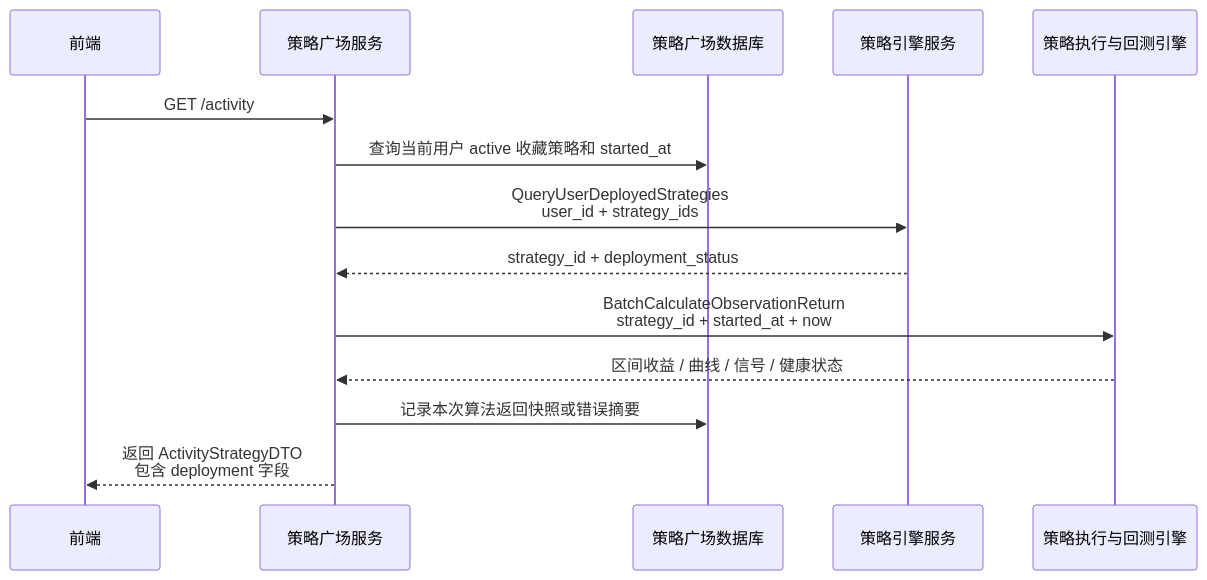
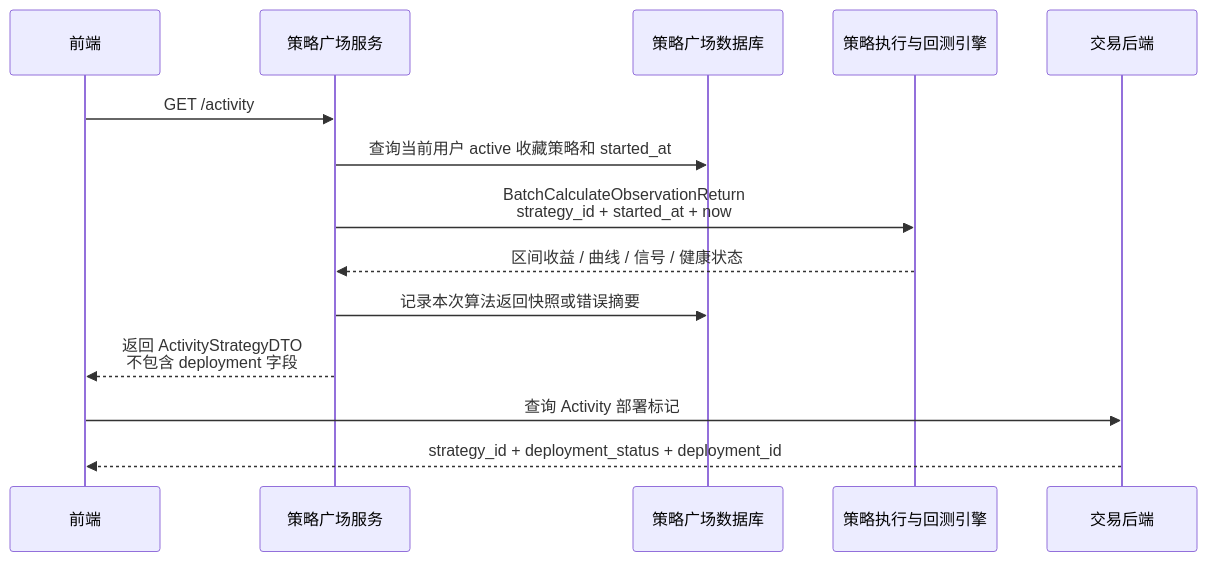
Before and after one commit to hongqnet/quantitative-strategy: the sixth of 10 diagrams in doc/strategy-marketplace-phase1-technical-architecture.md, drawn with Mermaid. The commit also changed other lines of this file and 2 other files, not shown here.

````diff
--- a/doc/strategy-marketplace-phase1-technical-architecture.md
+++ b/doc/strategy-marketplace-phase1-technical-architecture.md
@@ -412,17 +370,17 @@
 ```mermaid
 sequenceDiagram
     participant FE as 前端
     participant MKT as 策略广场服务
     participant DB as 策略广场数据库
-    participant ALG as 策略引擎服务
     participant EXE as 策略执行与回测引擎
+    participant TRD as 交易后端
 
     FE->>MKT: GET /activity
     MKT->>DB: 查询当前用户 active 收藏策略和 started_at
-    MKT->>ALG: QueryUserDeployedStrategies<br/>user_id + strategy_ids
-    ALG-->>MKT: strategy_id + deployment_status
     MKT->>EXE: BatchCalculateObservationReturn<br/>strategy_id + started_at + now
     EXE-->>MKT: 区间收益 / 曲线 / 信号 / 健康状态
     MKT->>DB: 记录本次算法返回快照或错误摘要
-    MKT-->>FE: 返回 ActivityStrategyDTO<br/>包含 deployment 字段
+    MKT-->>FE: 返回 ActivityStrategyDTO<br/>不包含 deployment 字段
+    FE->>TRD: 查询 Activity 部署标记
+    TRD-->>FE: strategy_id + deployment_status + deployment_id
 ```
````
